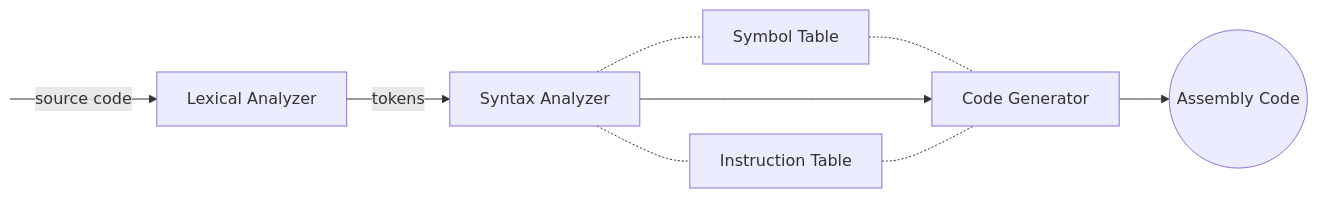
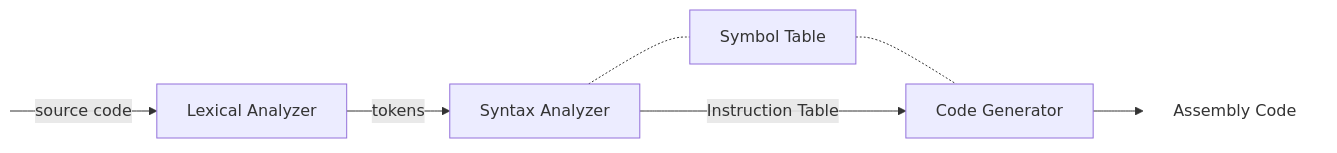
One commit to CodieTamida/compiler changed the diagram in README.md. Above: the diagram before and after it, drawn with Mermaid. The commit also changed other lines of this file, not shown here.

````diff
--- a/README.md
+++ b/README.md
@@ -19,12 +20,13 @@
 ```mermaid
 graph LR
 START:::hidden -- source code--> LA[Lexical Analyzer]
 LA--tokens-->SA[Syntax Analyzer]
 SA-.-ST[Symbol Table]
-SA-.-IT[Instruction Table]
 ST-.-CG[Code Generator]
-SA-->CG
-IT-.-CG
-CG-->SC((Assembly Code))
+SA--Instruction Table-->CG
+SA~~~CG
+CG-->END[Assembly Code]
+
 classDef hidden display: none;
+style END fill-opacity:0, stroke-opacity:0;
 ```
````
